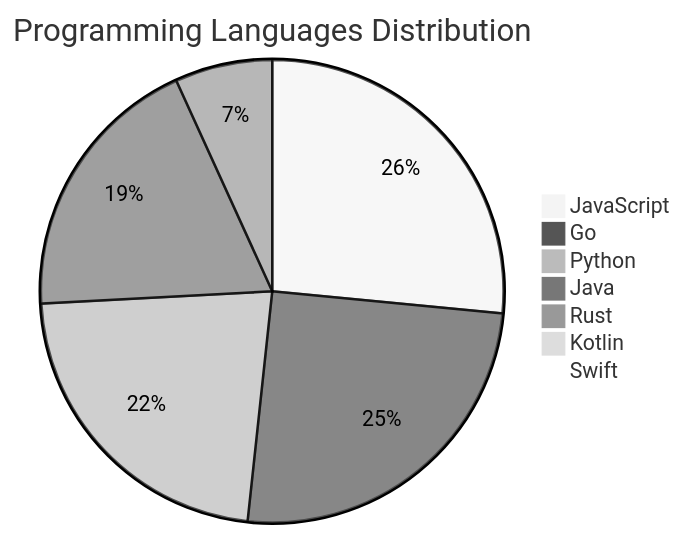
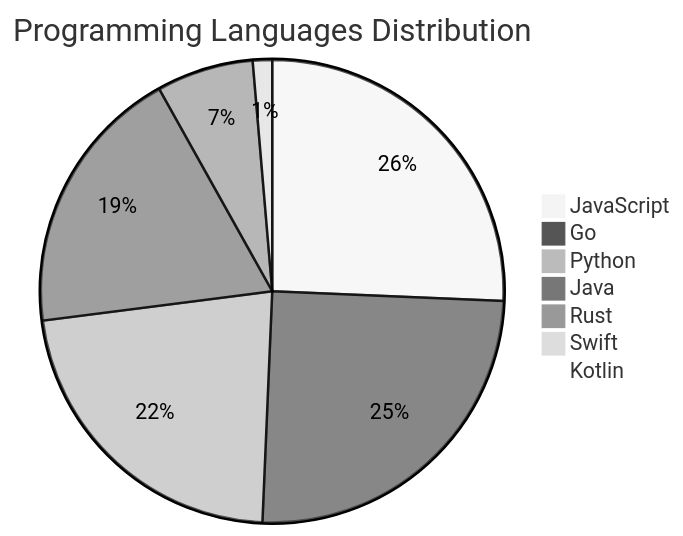
Before and after one commit to Derrick-MUGISHA/github-activity-bot: the diagram in README.md, drawn with Mermaid (neutral theme). The commit also changed other lines of this file and 4 other files, not shown here.

````diff
--- a/README.md
+++ b/README.md
@@ -207,10 +207,10 @@
 ```mermaid
 pie title Programming Languages Distribution
-    "JavaScript" : 39
+    "JavaScript" : 38
     "Go" : 37
     "Python" : 33
     "Java" : 28
     "Rust" : 10
+    "Swift" : 2
     "Kotlin" : 1
-    "Swift" : 1
 ```
````
